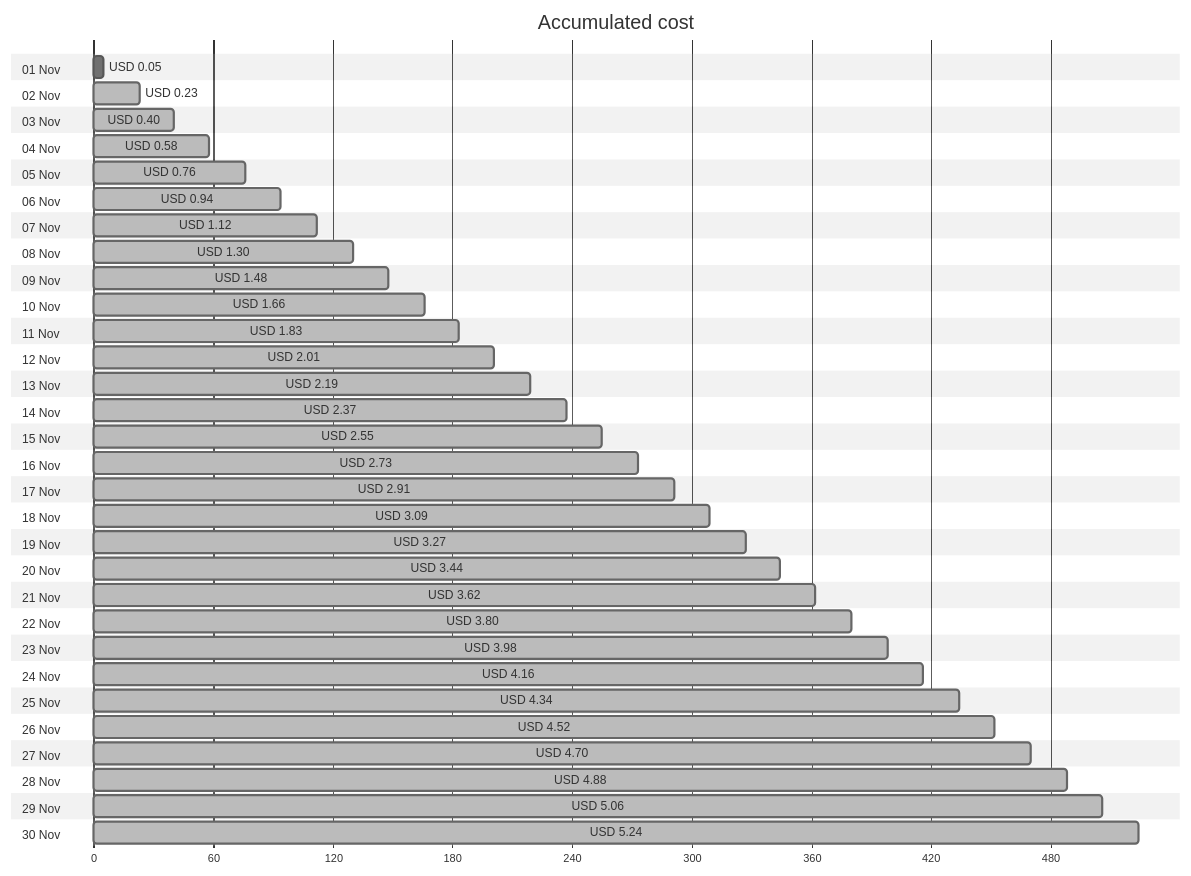
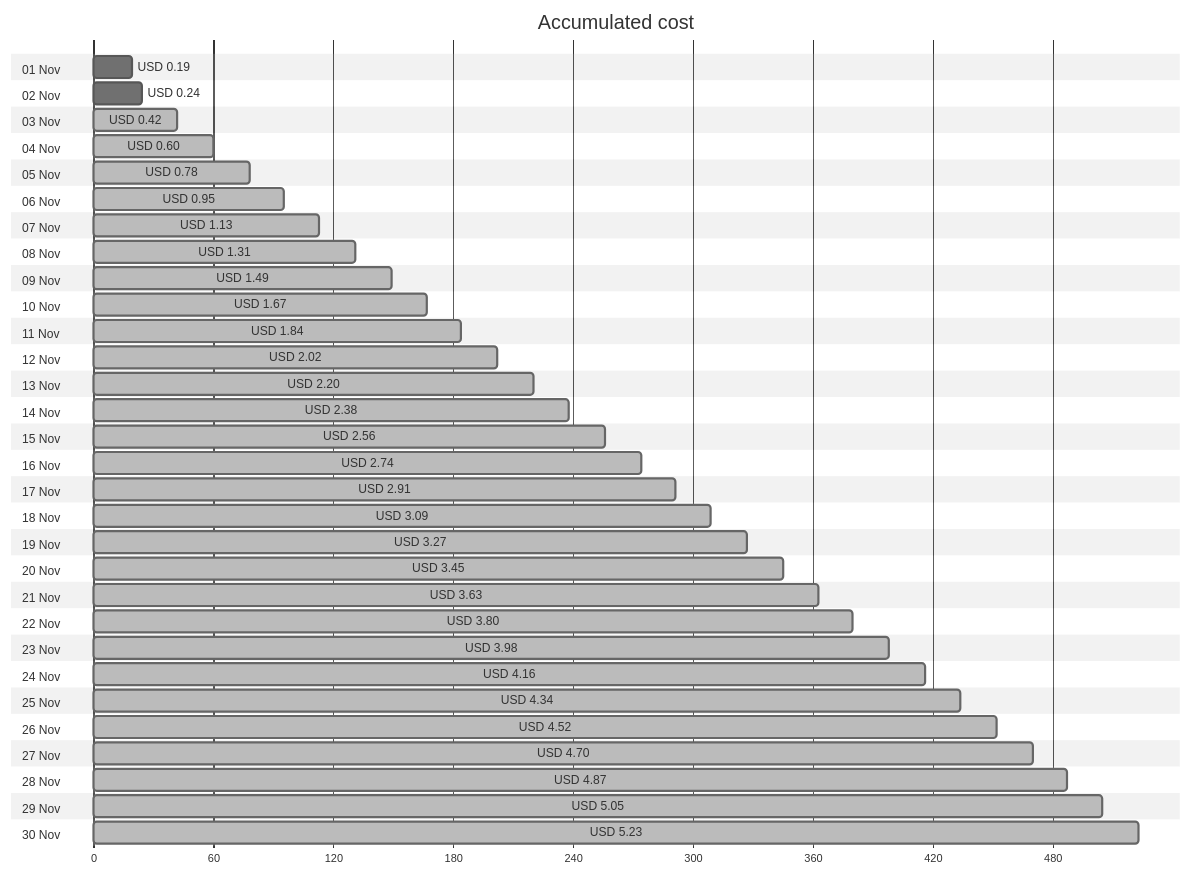
Before and after one commit to jpfulton/azure-personal-reports: the first of 4 diagrams in cost-reports/personal-network/backup-server.md, drawn with Mermaid (neutral theme). The commit also changed other lines of this file and 8 other files, not shown here.

````diff
--- a/cost-reports/personal-network/backup-server.md
+++ b/cost-reports/personal-network/backup-server.md
@@ -20,66 +20,66 @@
 ```mermaid
 gantt
    title Accumulated cost
    dateFormat  X
    axisFormat %s
    section 01 Nov
-   USD 0.05 :0, 5
+   USD 0.19 :0, 19
    section 02 Nov
-   USD 0.23 : done, 0, 23
+   USD 0.24 :0, 24
    section 03 Nov
-   USD 0.40 : done, 0, 40
+   USD 0.42 : done, 0, 42
    section 04 Nov
-   USD 0.58 : done, 0, 58
+   USD 0.60 : done, 0, 60
    section 05 Nov
-   USD 0.76 : done, 0, 76
+   USD 0.78 : done, 0, 78
    section 06 Nov
-   USD 0.94 : done, 0, 94
+   USD 0.95 : done, 0, 95
    section 07 Nov
-   USD 1.12 : done, 0, 112
+   USD 1.13 : done, 0, 113
    section 08 Nov
-   USD 1.30 : done, 0, 130
+   USD 1.31 : done, 0, 131
    section 09 Nov
-   USD 1.48 : done, 0, 148
+   USD 1.49 : done, 0, 149
    section 10 Nov
-   USD 1.66 : done, 0, 166
+   USD 1.67 : done, 0, 167
    section 11 Nov
-   USD 1.83 : done, 0, 183
+   USD 1.84 : done, 0, 184
    section 12 Nov
-   USD 2.01 : done, 0, 201
+   USD 2.02 : done, 0, 202
    section 13 Nov
-   USD 2.19 : done, 0, 219
+   USD 2.20 : done, 0, 220
    section 14 Nov
-   USD 2.37 : done, 0, 237
+   USD 2.38 : done, 0, 238
    section 15 Nov
-   USD 2.55 : done, 0, 255
+   USD 2.56 : done, 0, 256
    section 16 Nov
-   USD 2.73 : done, 0, 273
+   USD 2.74 : done, 0, 274
    section 17 Nov
    USD 2.91 : done, 0, 291
    section 18 Nov
    USD 3.09 : done, 0, 309
    section 19 Nov
    USD 3.27 : done, 0, 327
    section 20 Nov
-   USD 3.44 : done, 0, 344
+   USD 3.45 : done, 0, 345
    section 21 Nov
-   USD 3.62 : done, 0, 362
+   USD 3.63 : done, 0, 363
    section 22 Nov
    USD 3.80 : done, 0, 380
    section 23 Nov
    USD 3.98 : done, 0, 398
    section 24 Nov
    USD 4.16 : done, 0, 416
    section 25 Nov
    USD 4.34 : done, 0, 434
    section 26 Nov
    USD 4.52 : done, 0, 452
    section 27 Nov
    USD 4.70 : done, 0, 470
    section 28 Nov
-   USD 4.88 : done, 0, 488
+   USD 4.87 : done, 0, 487
    section 29 Nov
-   USD 5.06 : done, 0, 506
+   USD 5.05 : done, 0, 505
    section 30 Nov
-   USD 5.24 : done, 0, 524
+   USD 5.23 : done, 0, 523
 ```
````
